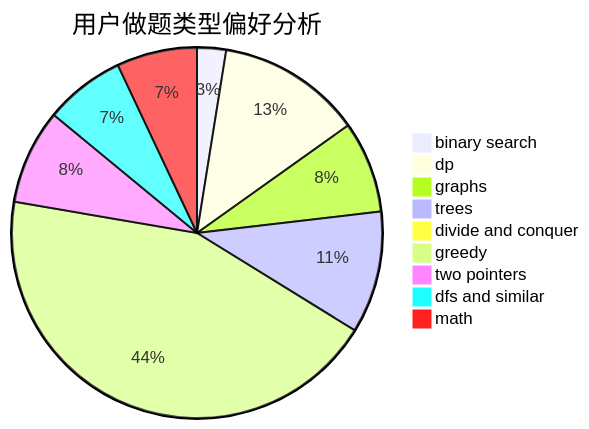
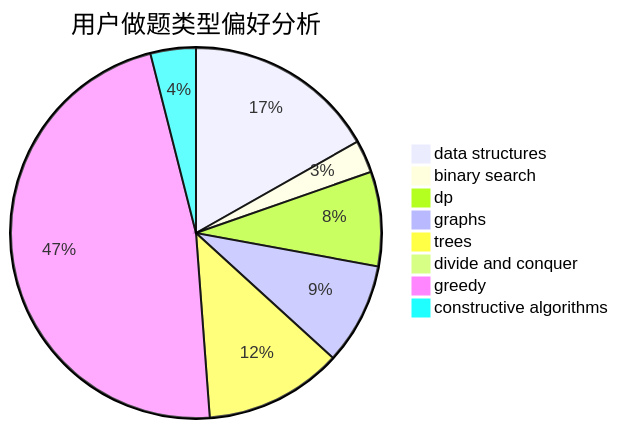
The second of 3 diagrams in docs/user/u1250.md (sherpahu/cfrs.github.io), drawn with Mermaid before and after one commit. The commit also changed other lines of this file and 2775 other files, not shown here.

````diff
--- a/docs/user/u1250.md
+++ b/docs/user/u1250.md
@@ -23,12 +23,11 @@
 ```mermaid
 pie title 用户做题类型偏好分析
+    "data structures" :  106
     "binary search" :  18
-    "dp" :  90
-    "graphs" :  57
+    "dp" :  52
+    "graphs" :  56
     "trees" :  76
     "divide and conquer" :  1
-    "greedy" :  313
-    "two pointers" :  59
-    "dfs and similar" :  50
-    "math" :  50
+    "greedy" :  298
+    "constructive algorithms" :  25
 ```
````
